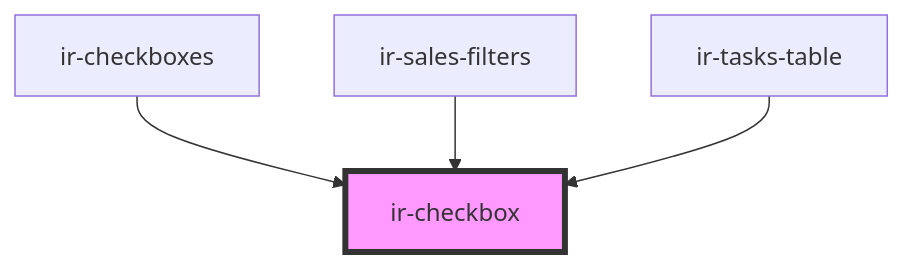
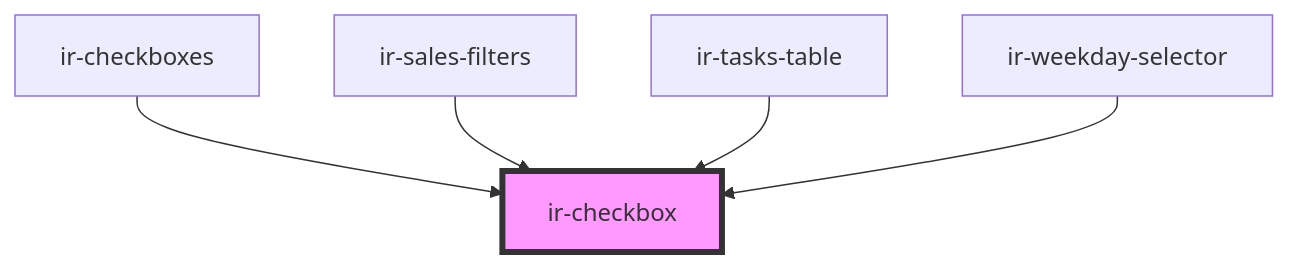
Before and after one commit to RonyRizk/ir-webcmp: the diagram in src/components/ui/ir-checkbox/readme.md, drawn with Mermaid. The commit also changed other lines of this file and 98 other files, not shown here.

````diff
--- a/src/components/ui/ir-checkbox/readme.md
+++ b/src/components/ui/ir-checkbox/readme.md
@@ -36,7 +38,8 @@
 ```mermaid
 graph TD;
   ir-checkboxes --> ir-checkbox
   ir-sales-filters --> ir-checkbox
   ir-tasks-table --> ir-checkbox
+  ir-weekday-selector --> ir-checkbox
   style ir-checkbox fill:#f9f,stroke:#333,stroke-width:4px
 ```
````
